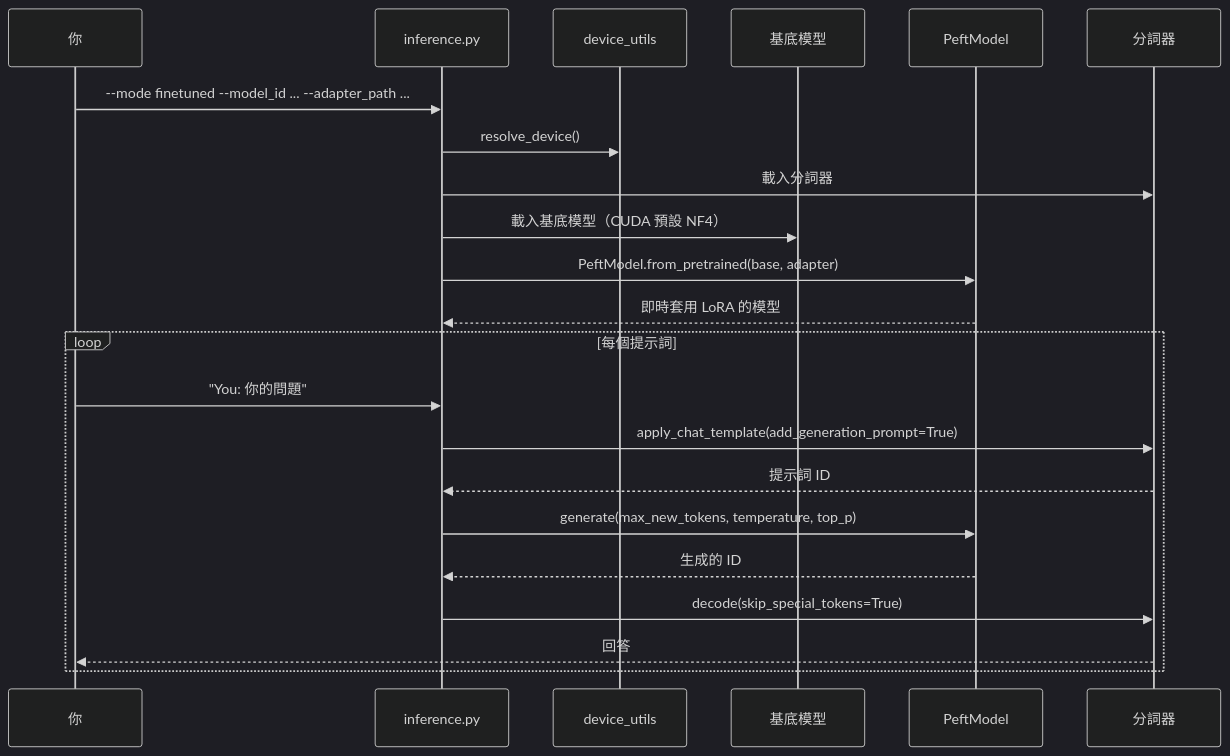
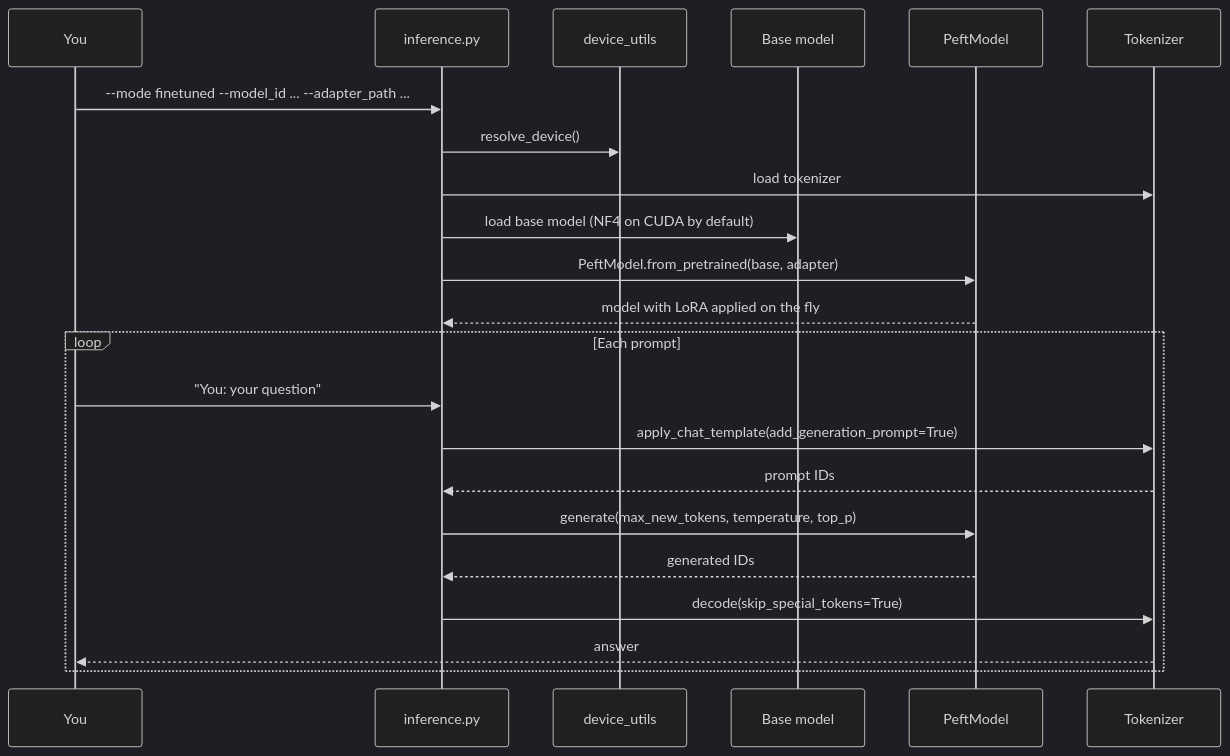
Before and after one commit to cw1997/fine-tuning-playground: the seventh of 13 diagrams in README.zh-Hant.md, drawn with Mermaid (dark theme). The commit also changed other lines of this file and 1 other file, not shown here.

````diff
--- a/README.zh-Hant.md
+++ b/README.zh-Hant.md
@@ -286,25 +267,25 @@
 ```mermaid
 sequenceDiagram
-    participant You as 你
+    participant You
     participant I as inference.py
     participant D as device_utils
-    participant B as 基底模型
+    participant B as Base model
     participant P as PeftModel
-    participant T as 分詞器
+    participant T as Tokenizer
 
     You->>I: --mode finetuned --model_id ... --adapter_path ...
     I->>D: resolve_device()
-    I->>T: 載入分詞器
-    I->>B: 載入基底模型（CUDA 預設 NF4）
+    I->>T: load tokenizer
+    I->>B: load base model (NF4 on CUDA by default)
     I->>P: PeftModel.from_pretrained(base, adapter)
-    P-->>I: 即時套用 LoRA 的模型
-    loop 每個提示詞
-        You->>I: "You: 你的問題"
+    P-->>I: model with LoRA applied on the fly
+    loop Each prompt
+        You->>I: "You: your question"
         I->>T: apply_chat_template(add_generation_prompt=True)
-        T-->>I: 提示詞 ID
+        T-->>I: prompt IDs
         I->>P: generate(max_new_tokens, temperature, top_p)
-        P-->>I: 生成的 ID
+        P-->>I: generated IDs
         I->>T: decode(skip_special_tokens=True)
-        T-->>You: 回答
+        T-->>You: answer
     end
 ```
````
